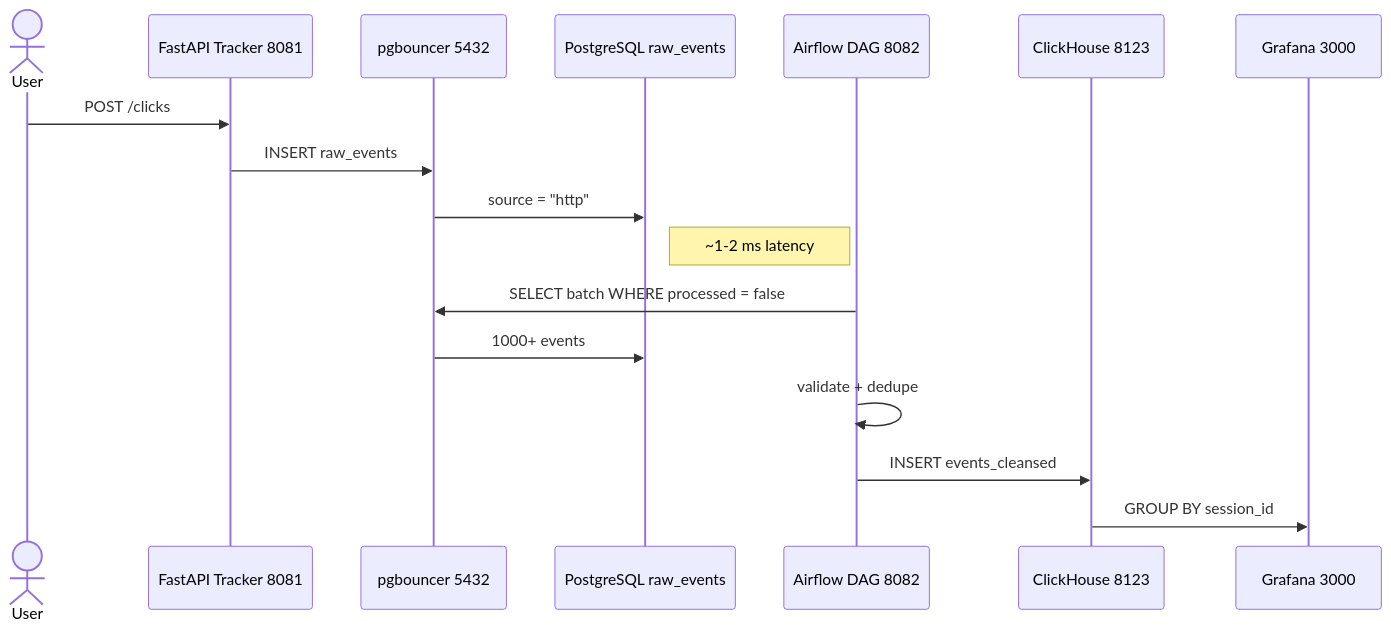
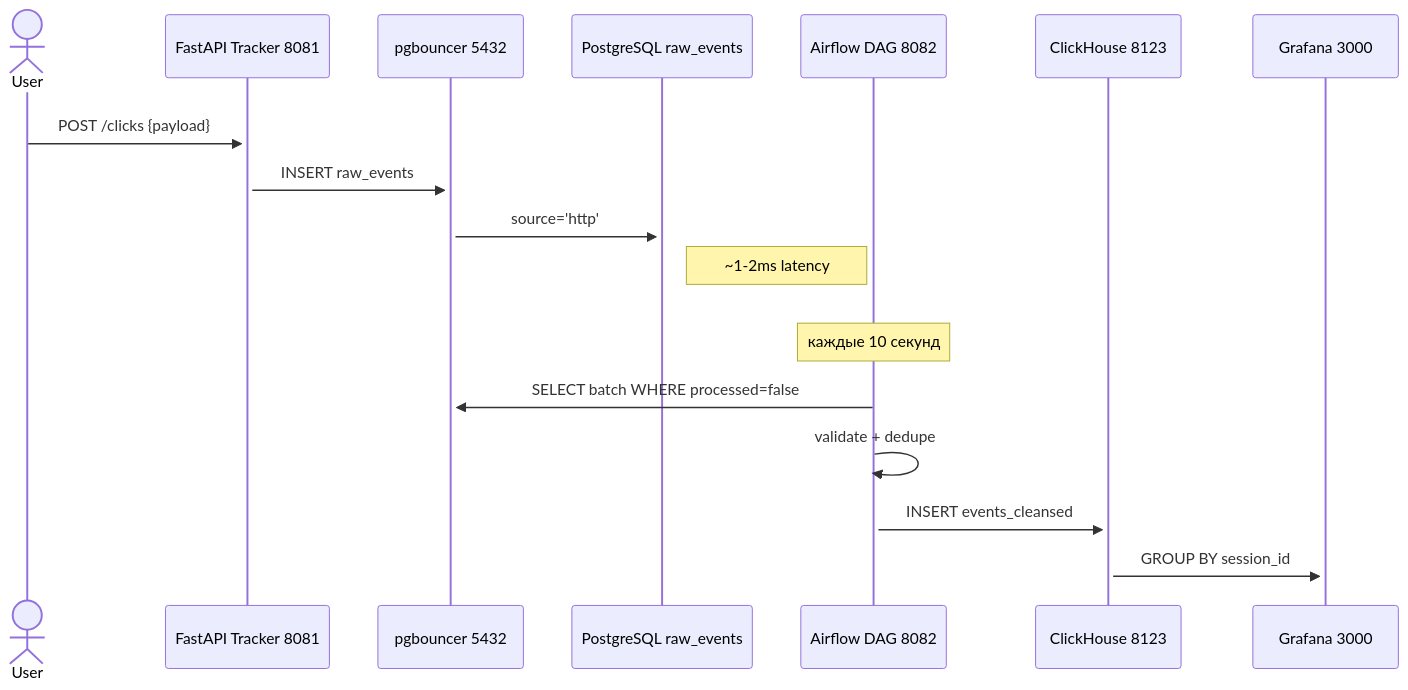
One commit to Alexsa7161/ASOBD changed the second of 5 diagrams in README.md. Above: the diagram before and after it, drawn with Mermaid. The commit also changed other lines of this file, not shown here.

````diff
--- a/README.md
+++ b/README.md
@@ -262,19 +262,25 @@
 ```mermaid
 sequenceDiagram
-   actor User
-   participant Tracker as FastAPI Tracker 8081
-   participant PG as pgbouncer 5432
-   participant Postgres as PostgreSQL raw_events
-   participant Airflow as Airflow DAG 8082
-   participant ClickHouse as ClickHouse 8123
-   participant Grafana as Grafana 3000
-   User ->> Tracker: POST /clicks
-   Tracker ->> PG: INSERT raw_events
-   PG ->> Postgres: source = "http"
-   Note right of Postgres: ~1-2 ms latency
-   Airflow ->> PG: SELECT batch WHERE processed = false
-   PG ->> Postgres: 1000+ events
-   Airflow ->> Airflow: validate + dedupe
-   Airflow ->> ClickHouse: INSERT events_cleansed
-   ClickHouse ->> Grafana: GROUP BY session_id
+    actor User
+    participant Tracker as FastAPI Tracker 8081
+    participant PG as pgbouncer 5432
+    participant Postgres as PostgreSQL raw_events
+    participant Airflow as Airflow DAG 8082
+    participant ClickHouse as ClickHouse 8123
+    participant Grafana as Grafana 3000
+    
+    rect rgba(255, 255, 255, 1)
+        User->>+Tracker: POST /clicks {payload}
+        Tracker->>+PG: INSERT raw_events
+        PG->>+Postgres: source='http'
+        Note right of Postgres: ~1-2ms latency
+    end
+    
+    rect rgba(255, 255, 255, 1)
+        Note over Airflow: каждые 10 секунд
+        Airflow->>+PG: SELECT batch WHERE processed=false
+        Airflow->>+Airflow: validate + dedupe
+        Airflow->>+ClickHouse: INSERT events_cleansed
+        ClickHouse->>+Grafana: GROUP BY session_id
+    end
 ```
````
